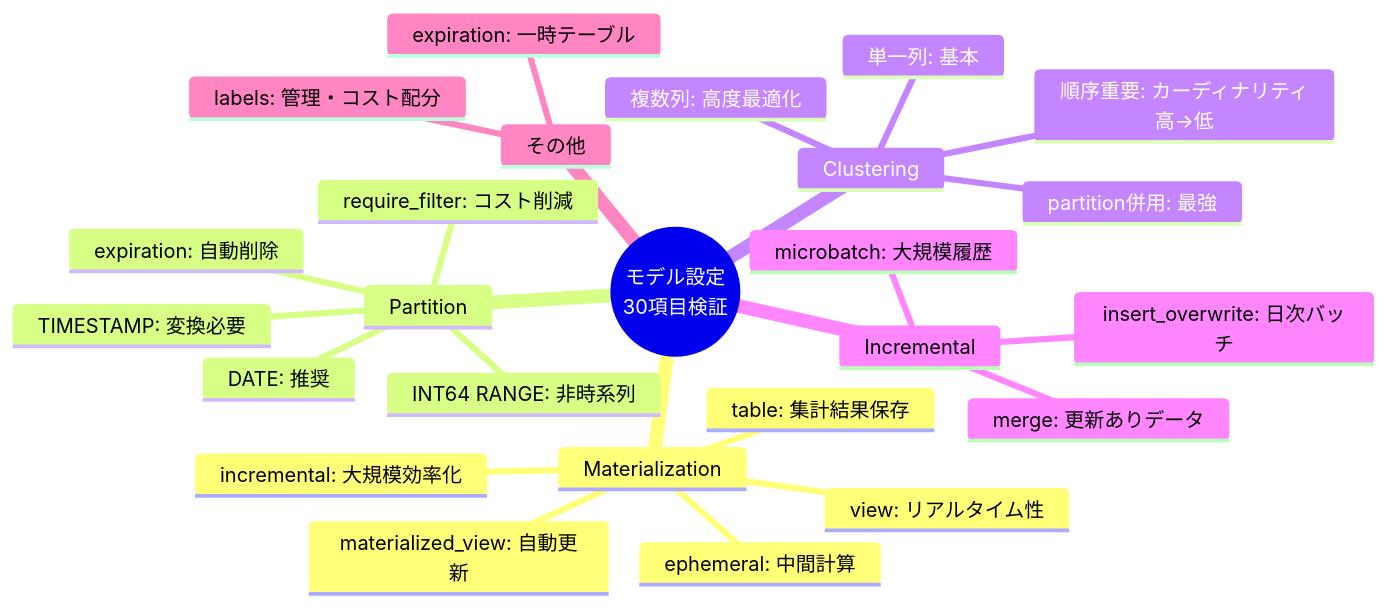
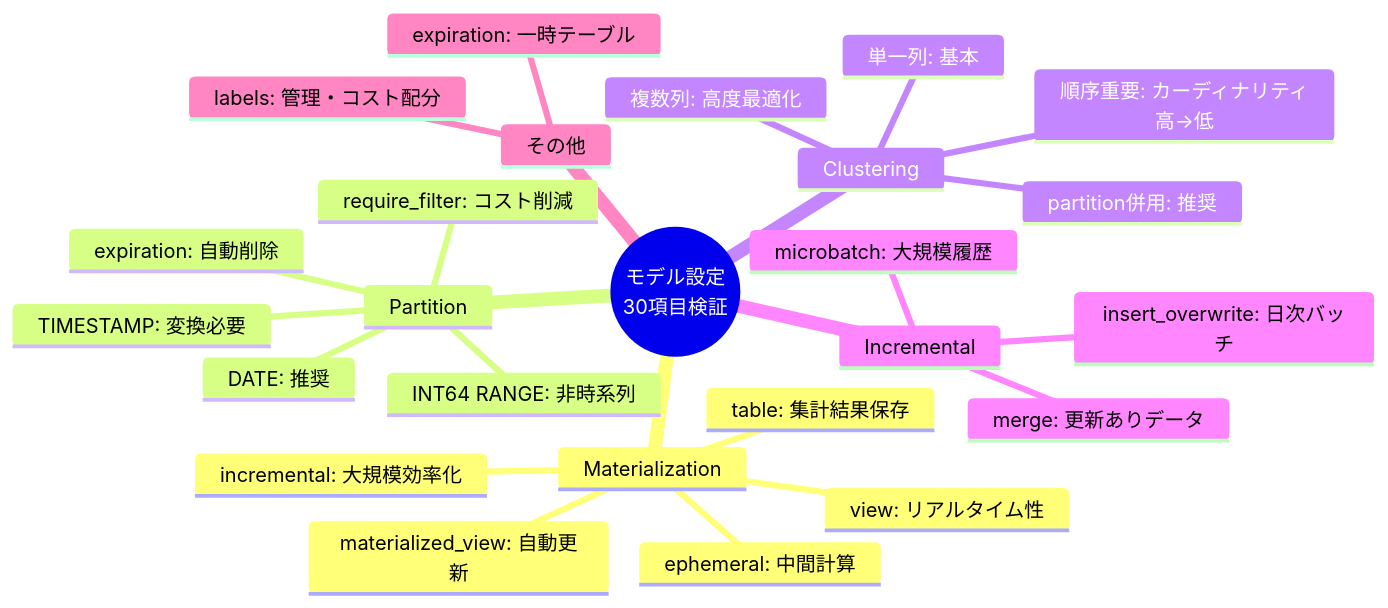
Diagram 13 of 13 in content/Tech/dbt/model-config.md (1210yuichi0/1210yuichi0.github.io), drawn with Mermaid before and after one commit. The commit also changed other lines of this file and 18 other files, not shown here.

````diff
--- a/content/Tech/dbt/model-config.md
+++ b/content/Tech/dbt/model-config.md
@@ -1309,28 +1323,28 @@
 ```mermaid
 mindmap
   root((モデル設定<br/>30項目検証))
     Materialization
       table: 集計結果保存
       view: リアルタイム性
       incremental: 大規模効率化
       ephemeral: 中間計算
       materialized_view: 自動更新
     Partition
       DATE: 推奨
       TIMESTAMP: 変換必要
       INT64 RANGE: 非時系列
       require_filter: コスト削減
       expiration: 自動削除
     Clustering
       単一列: 基本
       複数列: 高度最適化
       順序重要: カーディナリティ高→低
-      partition併用: 最強
+      partition併用: 推奨
     Incremental
       merge: 更新ありデータ
       insert_overwrite: 日次バッチ
       microbatch: 大規模履歴
     その他
       labels: 管理・コスト配分
       expiration: 一時テーブル
 ```
````
